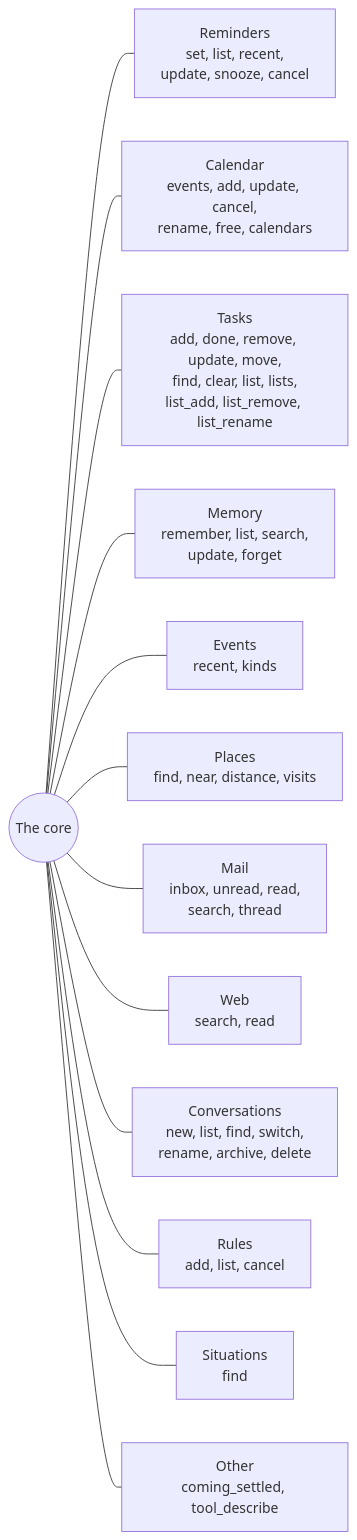
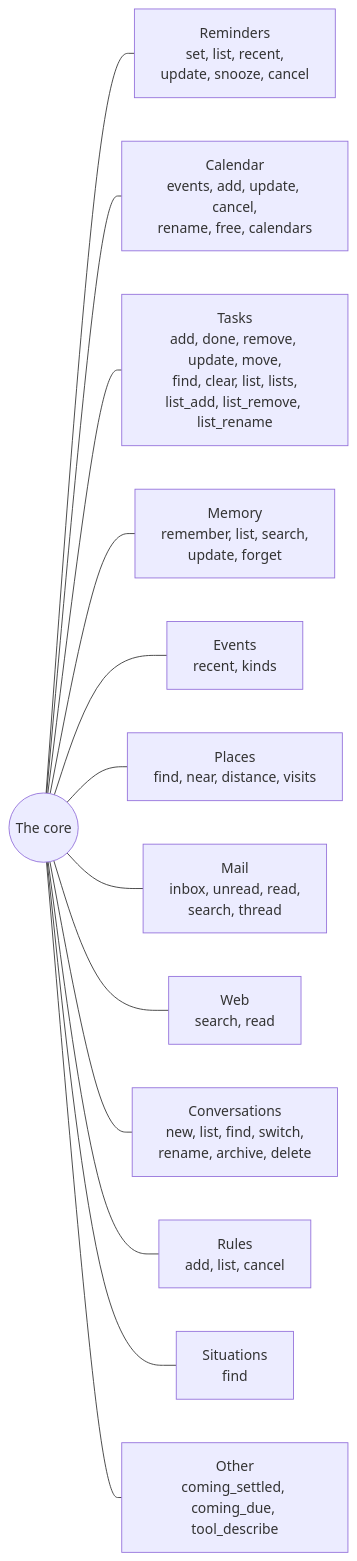
One commit to DhanushRamesh/personal-assistant changed the second of 5 diagrams in FEATURES.md. Above: the diagram before and after it, drawn with Mermaid. The commit also changed other lines of this file and 4 other files, not shown here.

````diff
--- a/FEATURES.md
+++ b/FEATURES.md
@@ -63,17 +63,17 @@
 ```mermaid
 flowchart LR
     CORE(("The core"))
 
     CORE --- REM["Reminders<br/>set, list, recent,<br/>update, snooze, cancel"]
     CORE --- CAL["Calendar<br/>events, add, update, cancel,<br/>rename, free, calendars"]
     CORE --- TASK["Tasks<br/>add, done, remove, update, move,<br/>find, clear, list, lists,<br/>list_add, list_remove, list_rename"]
     CORE --- MEM["Memory<br/>remember, list, search,<br/>update, forget"]
     CORE --- EV["Events<br/>recent, kinds"]
     CORE --- PLACE["Places<br/>find, near, distance, visits"]
     CORE --- MAIL["Mail<br/>inbox, unread, read,<br/>search, thread"]
     CORE --- WEB["Web<br/>search, read"]
     CORE --- CONV["Conversations<br/>new, list, find, switch,<br/>rename, archive, delete"]
     CORE --- RULE["Rules<br/>add, list, cancel"]
     CORE --- SIT["Situations<br/>find"]
-    CORE --- MISC["Other<br/>coming_settled, tool_describe"]
+    CORE --- MISC["Other<br/>coming_settled, coming_due, tool_describe"]
 ```
````
